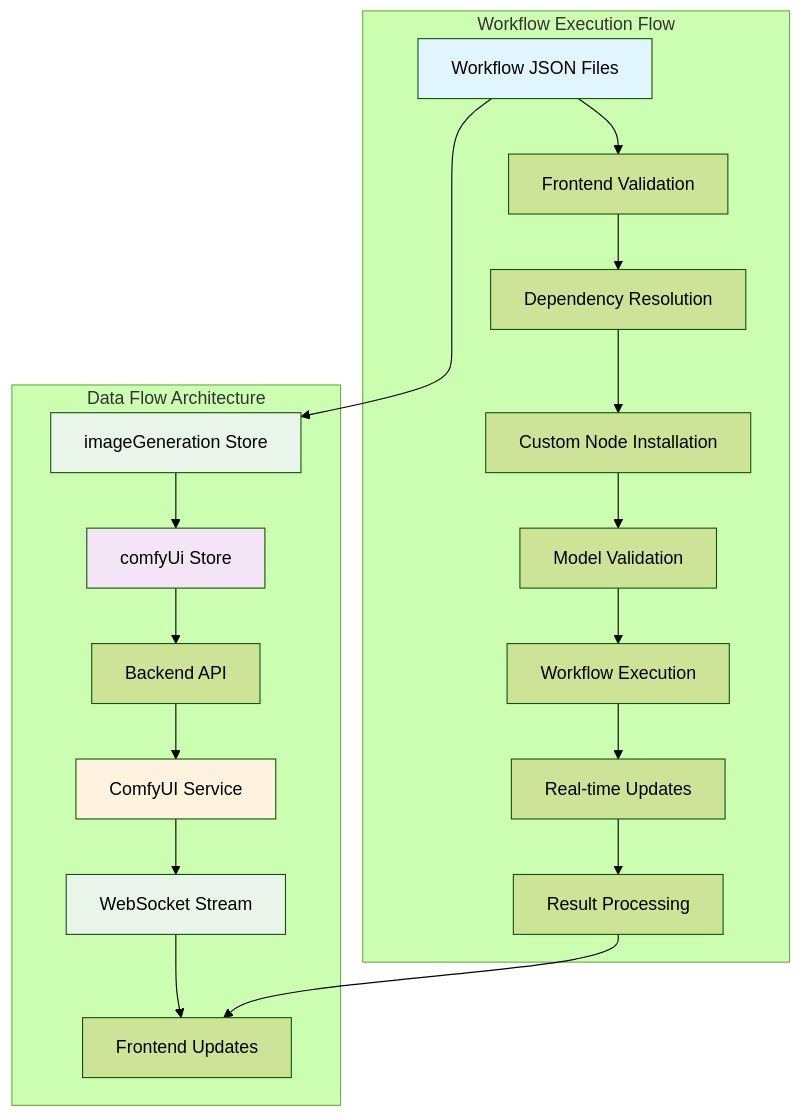
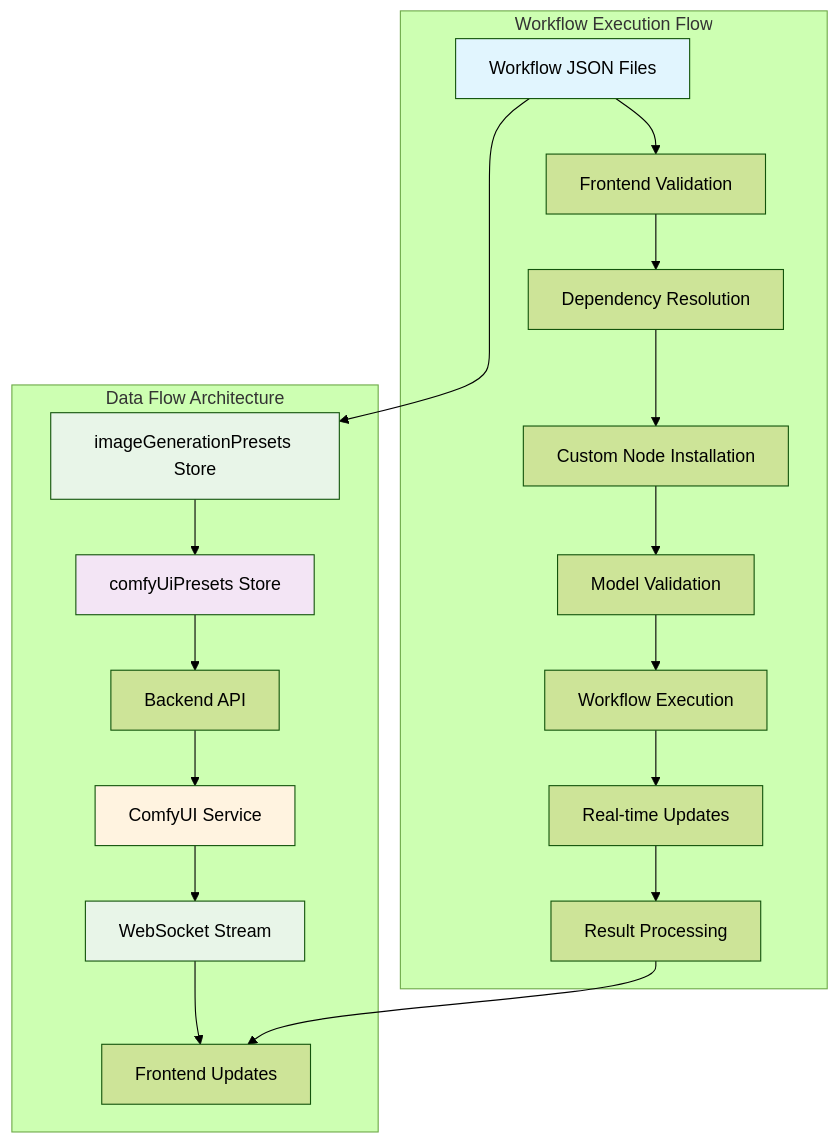
Before and after one commit to intel/AI-Playground: the seventh of 8 diagrams in AGENTS.md, drawn with Mermaid (forest theme). The commit also changed other lines of this file and 358 other files, not shown here.

````diff
--- a/AGENTS.md
+++ b/AGENTS.md
@@ -1099,29 +1122,29 @@
 ```mermaid
 graph TB
     subgraph "Workflow Execution Flow"
         A[Workflow JSON Files] --> B[Frontend Validation]
         B --> C[Dependency Resolution]
         C --> D[Custom Node Installation]
         D --> E[Model Validation]
         E --> F[Workflow Execution]
         F --> G[Real-time Updates]
         G --> H[Result Processing]
     end
     
     subgraph "Data Flow Architecture"
-        I[imageGeneration Store] --> J[comfyUi Store]
+        I[imageGenerationPresets Store] --> J[comfyUiPresets Store]
         J --> K[Backend API]
         K --> L[ComfyUI Service]
         L --> M[WebSocket Stream]
         M --> N[Frontend Updates]
     end
     
     A --> I
     H --> N
     
     style A fill:#e1f5fe
     style I fill:#e8f5e8
     style J fill:#f3e5f5
     style L fill:#fff3e0
     style M fill:#e8f5e8
 ```
````
